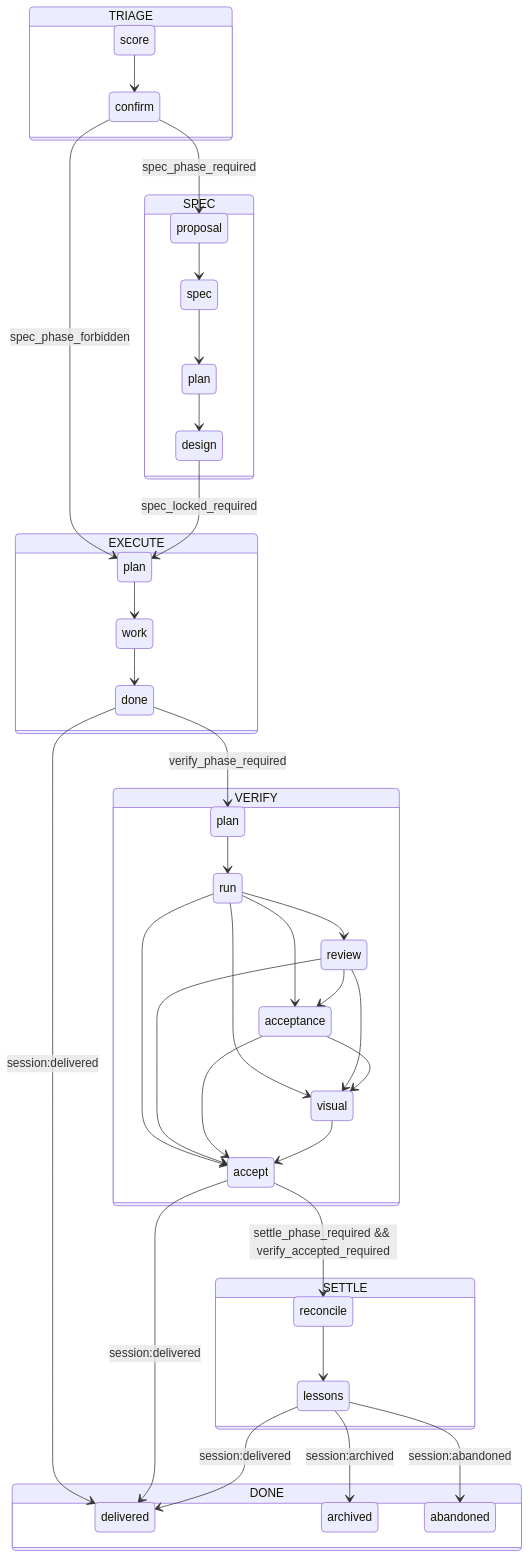
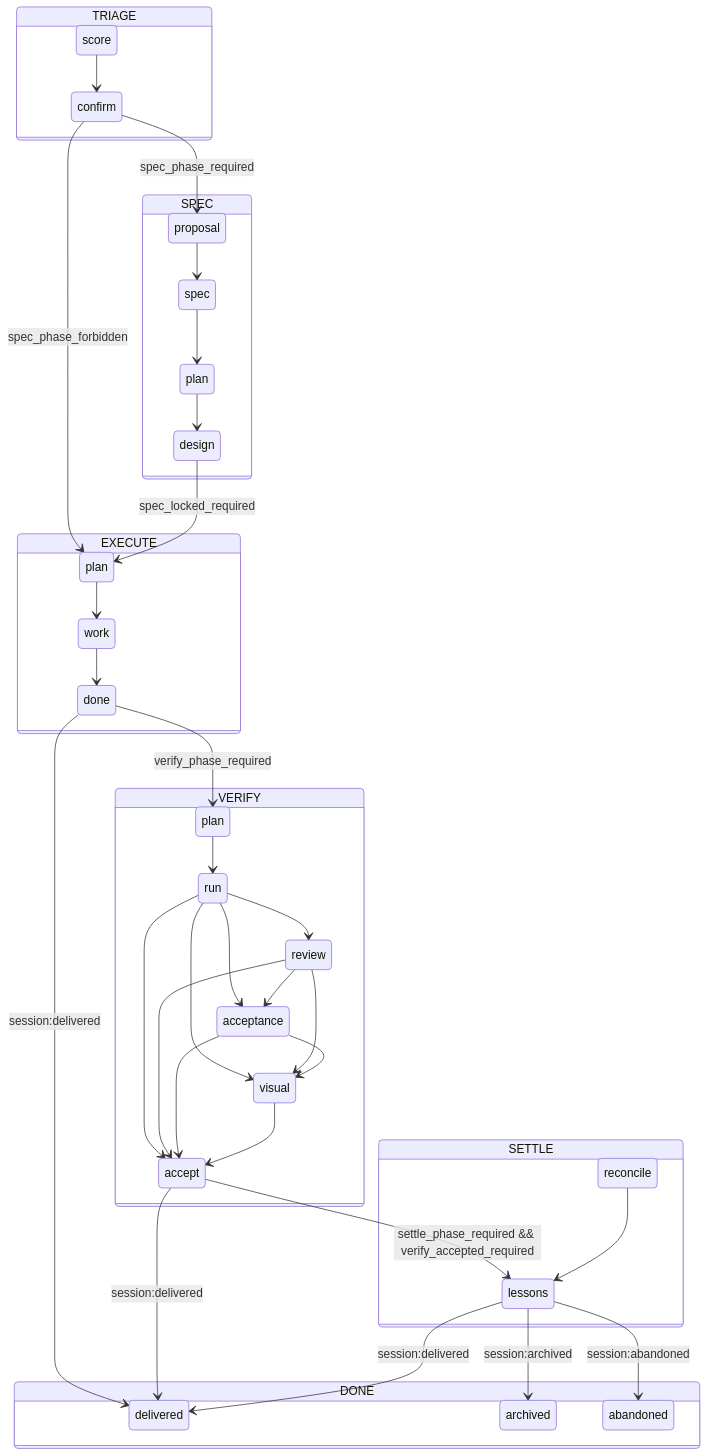
Before and after one commit to est7/loaf: the diagram in docs/fsm.mmd, drawn with Mermaid. The commit also changed 28 other files, not shown here.

```diff
--- a/docs/fsm.mmd
+++ b/docs/fsm.mmd
@@ -1,68 +1,68 @@
 stateDiagram-v2
 
   state TRIAGE {
     state "score" as TRIAGE_score
     state "confirm" as TRIAGE_confirm
   }
 
   state SPEC {
     state "proposal" as SPEC_proposal
     state "spec" as SPEC_spec
     state "plan" as SPEC_plan
     state "design" as SPEC_design
   }
 
   state EXECUTE {
     state "plan" as EXECUTE_plan
     state "work" as EXECUTE_work
     state "done" as EXECUTE_done
   }
 
   state VERIFY {
     state "plan" as VERIFY_plan
     state "run" as VERIFY_run
     state "review" as VERIFY_review
     state "acceptance" as VERIFY_acceptance
     state "visual" as VERIFY_visual
     state "accept" as VERIFY_accept
   }
 
   state SETTLE {
     state "reconcile" as SETTLE_reconcile
     state "lessons" as SETTLE_lessons
   }
 
   state DONE {
     state "delivered" as DONE_delivered
     state "archived" as DONE_archived
     state "abandoned" as DONE_abandoned
   }
 
   TRIAGE_score --> TRIAGE_confirm
   TRIAGE_confirm --> SPEC_proposal : spec_phase_required
   TRIAGE_confirm --> EXECUTE_plan : spec_phase_forbidden
   SPEC_proposal --> SPEC_spec
   SPEC_spec --> SPEC_plan
   SPEC_plan --> SPEC_design
   SPEC_design --> EXECUTE_plan : spec_locked_required
   EXECUTE_plan --> EXECUTE_work
   EXECUTE_work --> EXECUTE_done
   EXECUTE_done --> VERIFY_plan : verify_phase_required
   EXECUTE_done --> DONE_delivered : session:delivered
   VERIFY_plan --> VERIFY_run
   VERIFY_run --> VERIFY_review
   VERIFY_run --> VERIFY_acceptance
   VERIFY_run --> VERIFY_visual
   VERIFY_run --> VERIFY_accept
   VERIFY_review --> VERIFY_acceptance
   VERIFY_review --> VERIFY_visual
   VERIFY_review --> VERIFY_accept
   VERIFY_acceptance --> VERIFY_visual
   VERIFY_acceptance --> VERIFY_accept
   VERIFY_visual --> VERIFY_accept
-  VERIFY_accept --> SETTLE_reconcile : settle_phase_required && verify_accepted_required
+  VERIFY_accept --> SETTLE_lessons : settle_phase_required && verify_accepted_required
   VERIFY_accept --> DONE_delivered : session:delivered
   SETTLE_reconcile --> SETTLE_lessons
   SETTLE_lessons --> DONE_delivered : session:delivered
   SETTLE_lessons --> DONE_archived : session:archived
   SETTLE_lessons --> DONE_abandoned : session:abandoned
```
